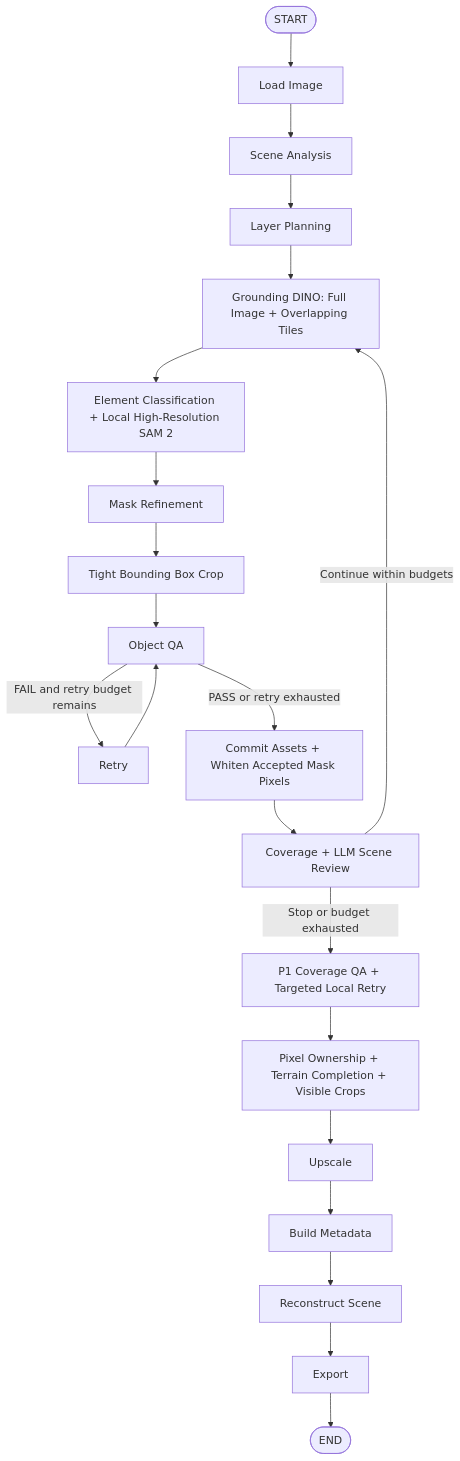
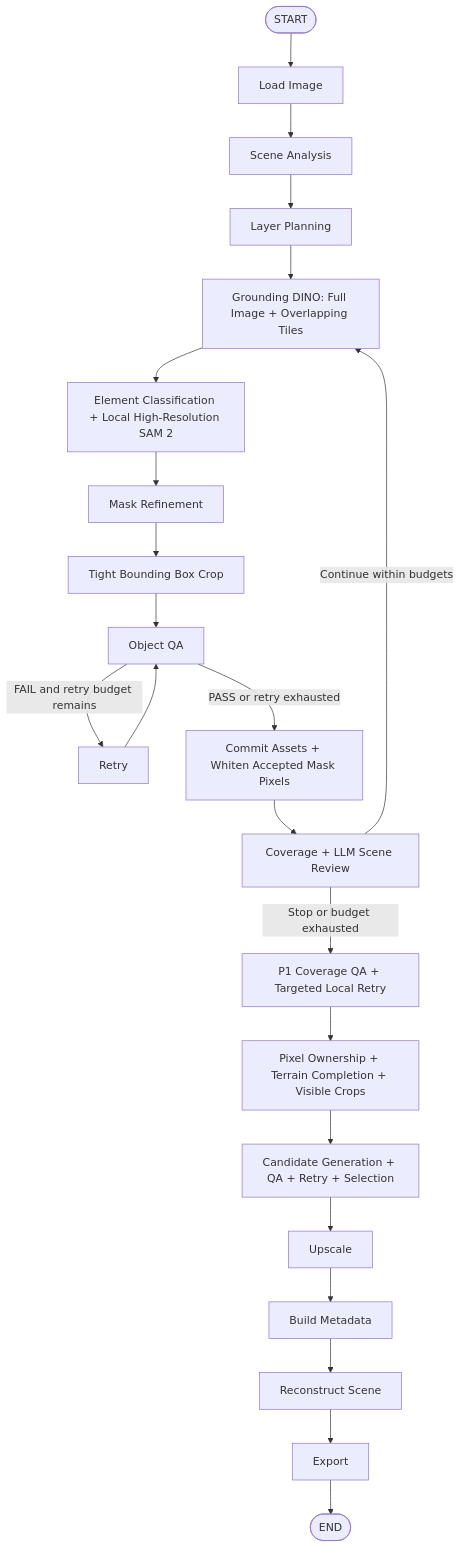
One commit to 1679712850/game-image-reconstruction-pipeline changed the first of 2 diagrams in README.md. Above: the diagram before and after it, drawn with Mermaid. The commit also changed other lines of this file and 43 other files, not shown here.

````diff
--- a/README.md
+++ b/README.md
@@ -85,42 +92,43 @@
 ```mermaid
 flowchart TD
     START([START])
     LOAD[Load Image]
     ANALYZE[Scene Analysis]
     PLAN[Layer Planning]
     DETECT[Grounding DINO: Full Image + Overlapping Tiles]
     SEGMENT[Element Classification + Local High-Resolution SAM 2]
     REFINE[Mask Refinement]
     CROP[Tight Bounding Box Crop]
     QA[Object QA]
     RETRY[Retry]
     REMAIN[Commit Assets + Whiten Accepted Mask Pixels]
     SCENE_QA[Coverage + LLM Scene Review]
     P1[P1 Coverage QA + Targeted Local Retry]
     OWNER[Pixel Ownership + Terrain Completion + Visible Crops]
     UPSCALE[Upscale]
     META[Build Metadata]
     REBUILD[Reconstruct Scene]
     EXPORT[Export]
     END([END])
     START --> LOAD
     LOAD --> ANALYZE
     ANALYZE --> PLAN
     PLAN --> DETECT
     DETECT --> SEGMENT
     SEGMENT --> REFINE
     REFINE --> CROP
     CROP --> QA
     QA -->|PASS or retry exhausted| REMAIN
     QA -->|FAIL and retry budget remains| RETRY
     RETRY --> QA
     REMAIN --> SCENE_QA
     SCENE_QA -->|Continue within budgets| DETECT
     SCENE_QA -->|Stop or budget exhausted| P1
     P1 --> OWNER
-    OWNER --> UPSCALE
+    OWNER --> CANDIDATES[Candidate Generation + QA + Retry + Selection]
+    CANDIDATES --> UPSCALE
     UPSCALE --> META
     META --> REBUILD
     REBUILD --> EXPORT
     EXPORT --> END
 ```
````
